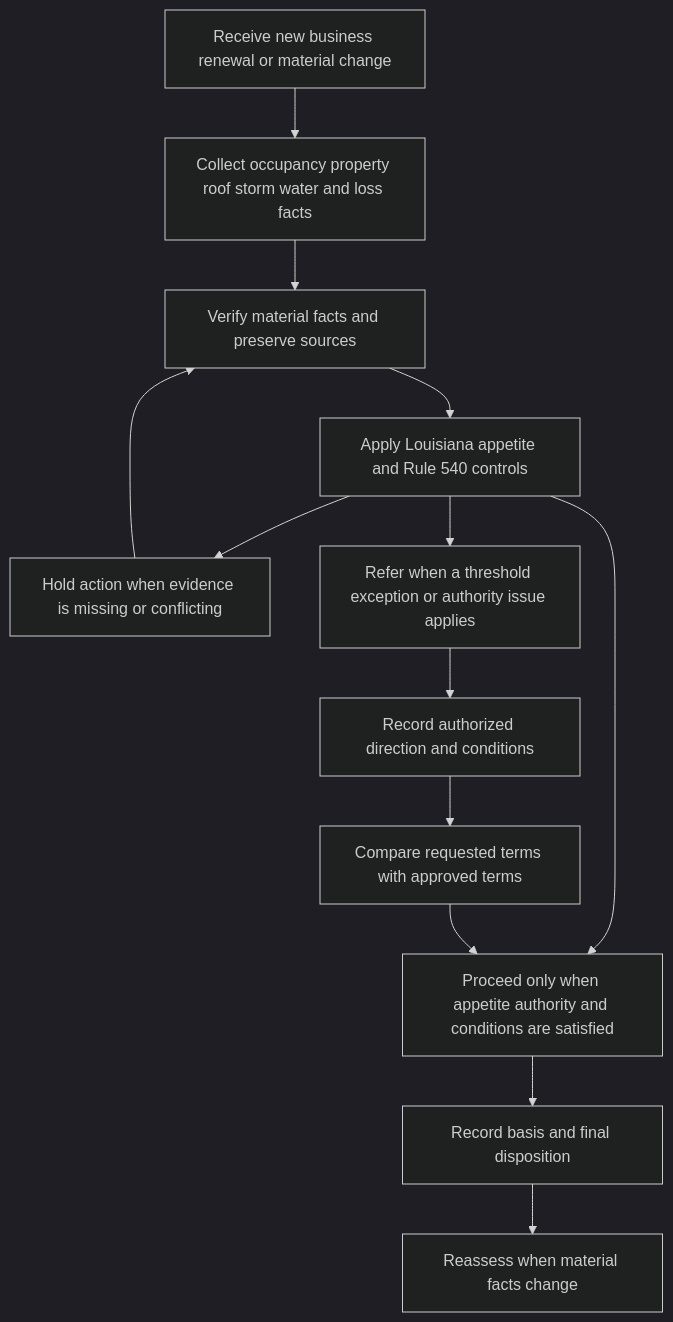
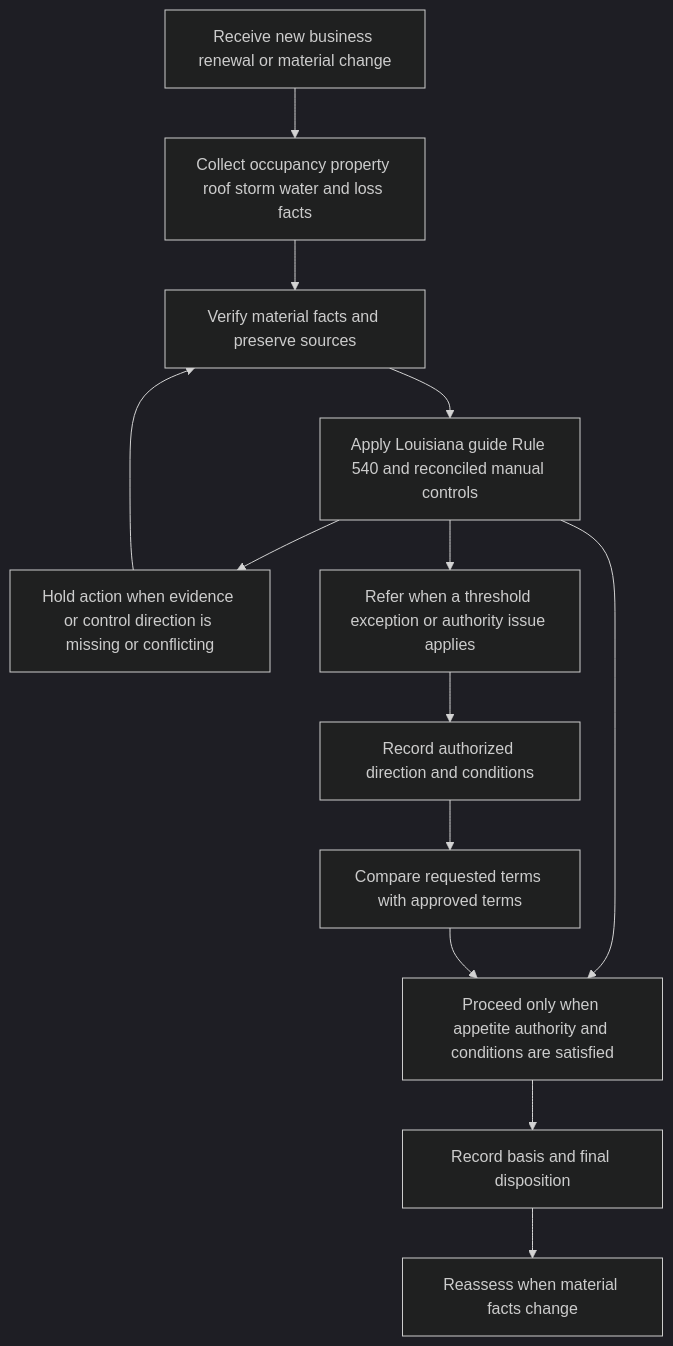
One commit to eugeneliu-86/openwiki-insurance-corpus changed the diagram in openwiki/underwriting/guidelines/louisiana-appetite.md. Above: the diagram before and after it, drawn with Mermaid (dark theme). The commit also changed other lines of this file and 109 other files, not shown here.

````diff
--- a/openwiki/underwriting/guidelines/louisiana-appetite.md
+++ b/openwiki/underwriting/guidelines/louisiana-appetite.md
@@ -43,15 +53,15 @@
 ```mermaid
 flowchart TD
     start["Receive new business renewal or material change"] --> facts["Collect occupancy property roof storm water and loss facts"]
     facts --> evidence["Verify material facts and preserve sources"]
-    evidence --> gate["Apply Louisiana appetite and Rule 540 controls"]
-    gate --> hold["Hold action when evidence is missing or conflicting"]
+    evidence --> gate["Apply Louisiana guide Rule 540 and reconciled manual controls"]
+    gate --> hold["Hold action when evidence or control direction is missing or conflicting"]
     gate --> referral["Refer when a threshold exception or authority issue applies"]
     gate --> proceed["Proceed only when appetite authority and conditions are satisfied"]
     hold --> evidence
     referral --> approval["Record authorized direction and conditions"]
     approval --> match["Compare requested terms with approved terms"]
     match --> proceed
     proceed --> record["Record basis and final disposition"]
     record --> reassess["Reassess when material facts change"]
 ```
````
